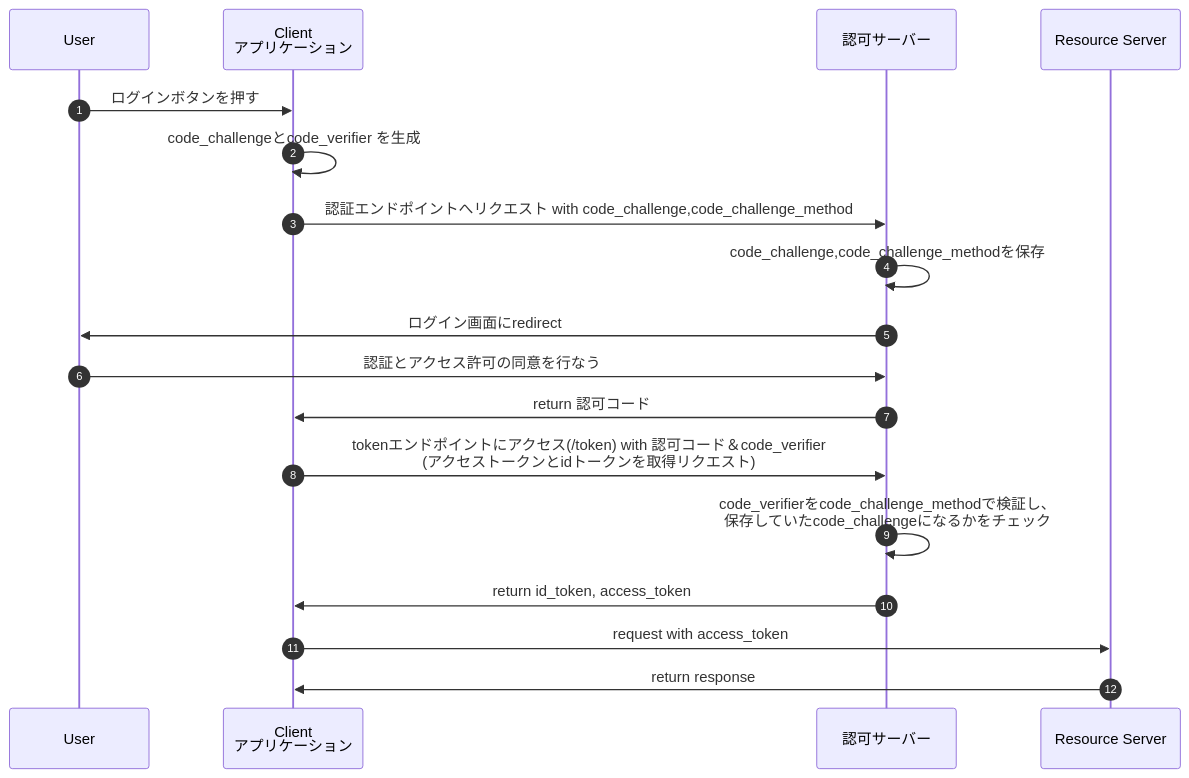
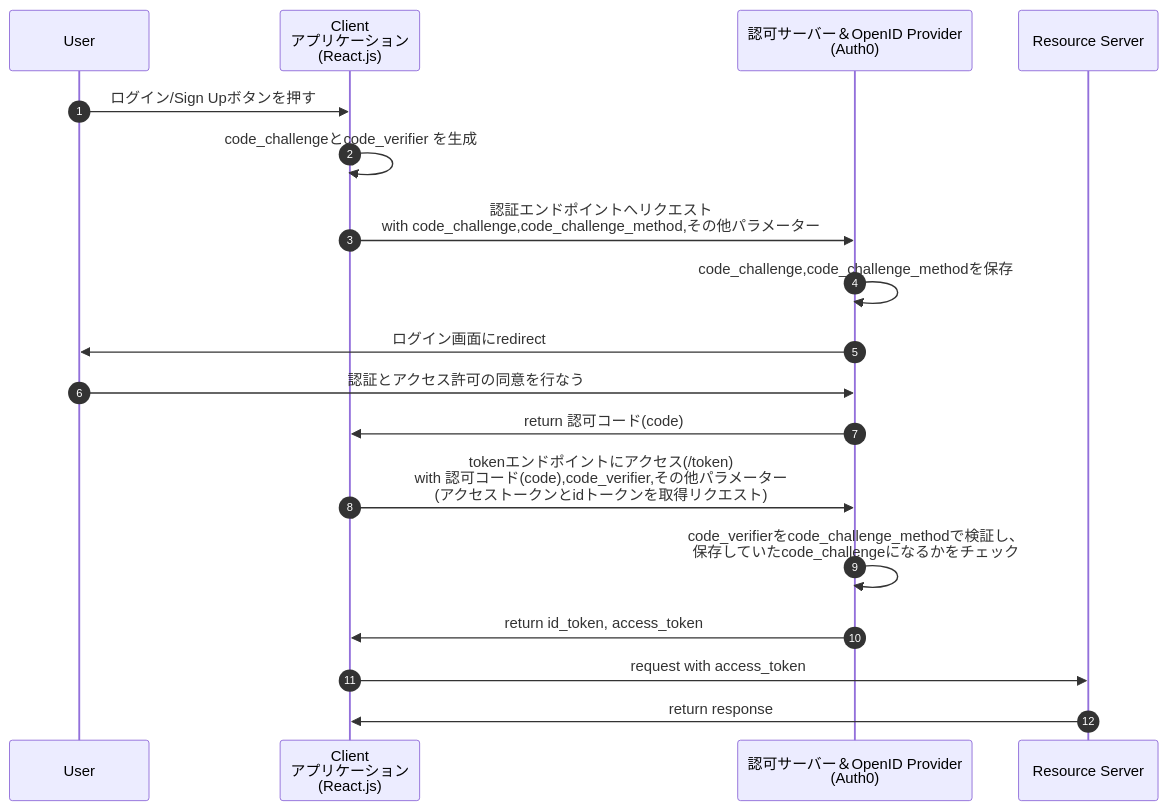
One commit to sktaz/diagram changed the diagram in oauth2.0/認可コードフロー.md. Above: the diagram before and after it, drawn with Mermaid.

````diff
--- a/oauth2.0/認可コードフロー.md
+++ b/oauth2.0/認可コードフロー.md
@@ -1,24 +1,24 @@
 ```mermaid
 
 sequenceDiagram
     autonumber
 
     participant User as User
-    participant Client as Client <br>アプリケーション
-    participant AuthorizationServer as 認可サーバー
+    participant Client as Client <br>アプリケーション<br>(React.js)
+    participant AuthorizationServer as 認可サーバー＆OpenID Provider<br>(Auth0)
     participant ResourceServer as Resource Server
 
-    User ->> Client: ログインボタンを押す
+    User ->> Client: ログイン/Sign Upボタンを押す
     Client ->> Client: code_challengeとcode_verifier を生成
 
-    Client ->> AuthorizationServer: 認証エンドポイントへリクエスト with code_challenge,code_challenge_method
+    Client ->> AuthorizationServer: 認証エンドポイントへリクエスト<br>with code_challenge,code_challenge_method,その他パラメーター
     AuthorizationServer ->> AuthorizationServer: code_challenge,code_challenge_methodを保存
     AuthorizationServer ->> User: ログイン画面にredirect
     User ->> AuthorizationServer: 認証とアクセス許可の同意を行なう
-    AuthorizationServer ->>　Client: return 認可コード
-    Client ->>　AuthorizationServer: tokenエンドポイントにアクセス(/token) with 認可コード＆code_verifier<br>(アクセストークンとidトークンを取得リクエスト)
+    AuthorizationServer ->>　Client: return 認可コード(code)
+    Client ->>　AuthorizationServer: tokenエンドポイントにアクセス(/token) <br>with 認可コード(code),code_verifier,その他パラメーター<br>(アクセストークンとidトークンを取得リクエスト)
     AuthorizationServer ->> AuthorizationServer: code_verifierをcode_challenge_methodで検証し、<br>保存していたcode_challengeになるかをチェック
     AuthorizationServer ->> Client: return id_token, access_token
     Client ->>　ResourceServer: request with access_token
     ResourceServer ->> Client: return response
 ```
````
